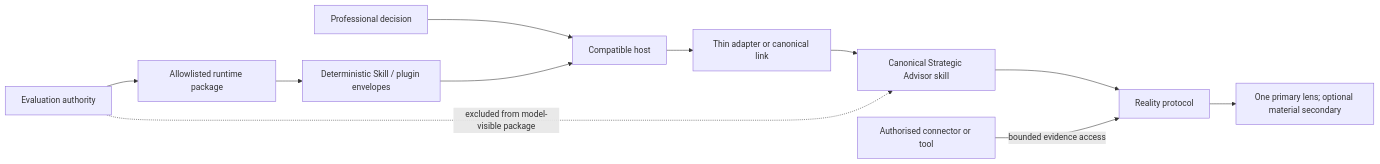
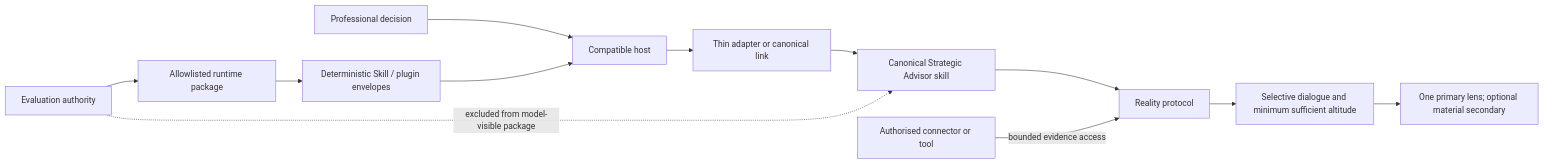
The diagram in ARCHITECTURE.md (johndetlefs/strategic-advisor), drawn with Mermaid before and after one commit. The commit also changed other lines of this file and 32 other files, not shown here.

````diff
--- a/ARCHITECTURE.md
+++ b/ARCHITECTURE.md
@@ -5,13 +5,14 @@
 ```mermaid
 flowchart LR
     U["Professional decision"] --> H["Compatible host"]
     H --> A["Thin adapter or canonical link"]
     A --> S["Canonical Strategic Advisor skill"]
     S --> C["Reality protocol"]
-    C --> L["One primary lens; optional material secondary"]
+    C --> Q["Selective dialogue and minimum sufficient altitude"]
+    Q --> L["One primary lens; optional material secondary"]
     X["Authorised connector or tool"] -->|"bounded evidence access"| C
     E["Evaluation authority"] --> P["Allowlisted runtime package"]
     P --> D["Deterministic Skill / plugin envelopes"]
     D --> H
     E -. "excluded from model-visible package" .-> S
 ```
````
